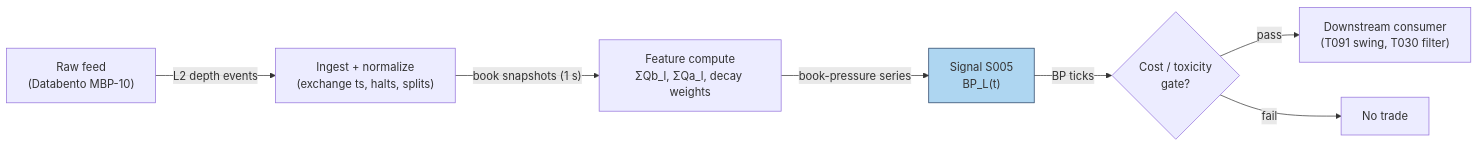
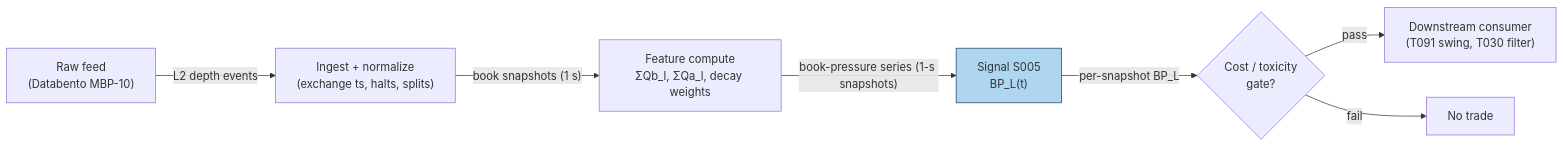
Before and after one commit to praveenguptahcl/quant-signals-deep: the diagram in batches/SB4/S005.md, drawn with Mermaid. The commit also changed 20 other files, not shown here.

````diff
--- a/batches/SB4/S005.md
+++ b/batches/SB4/S005.md
@@ -134,10 +134,10 @@
 ```mermaid
 flowchart LR
     FEED["Raw feed\n(Databento MBP-10)"] -->|"L2 depth events"| ING["Ingest + normalize\n(exchange ts, halts, splits)"]
     ING -->|"book snapshots (1 s)"| FEAT["Feature compute\nΣQb_l, ΣQa_l, decay weights"]
-    FEAT -->|"book-pressure series"| SIG["Signal S005\nBP_L(t)"]
-    SIG -->|"BP ticks"| GATE{"Cost / toxicity\ngate?"}
+    FEAT -->|"book-pressure series (1-s snapshots)"| SIG["Signal S005\nBP_L(t)"]
+    SIG -->|"per-snapshot BP_L"| GATE{"Cost / toxicity\ngate?"}
     GATE -->|pass| OUT["Downstream consumer\n(T091 swing, T030 filter)"]
     GATE -->|fail| DROP["No trade"]
     style SIG fill:#aed6f1,stroke:#1f3a5f
 ```
````
